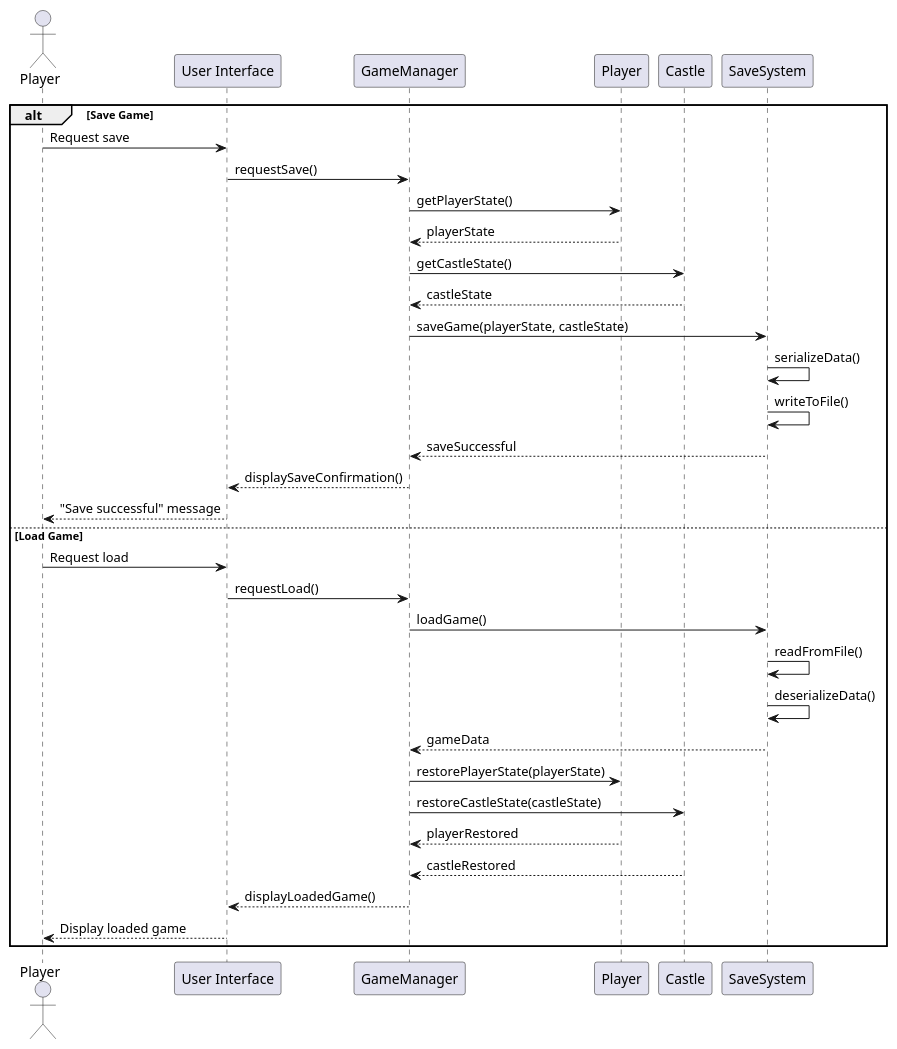
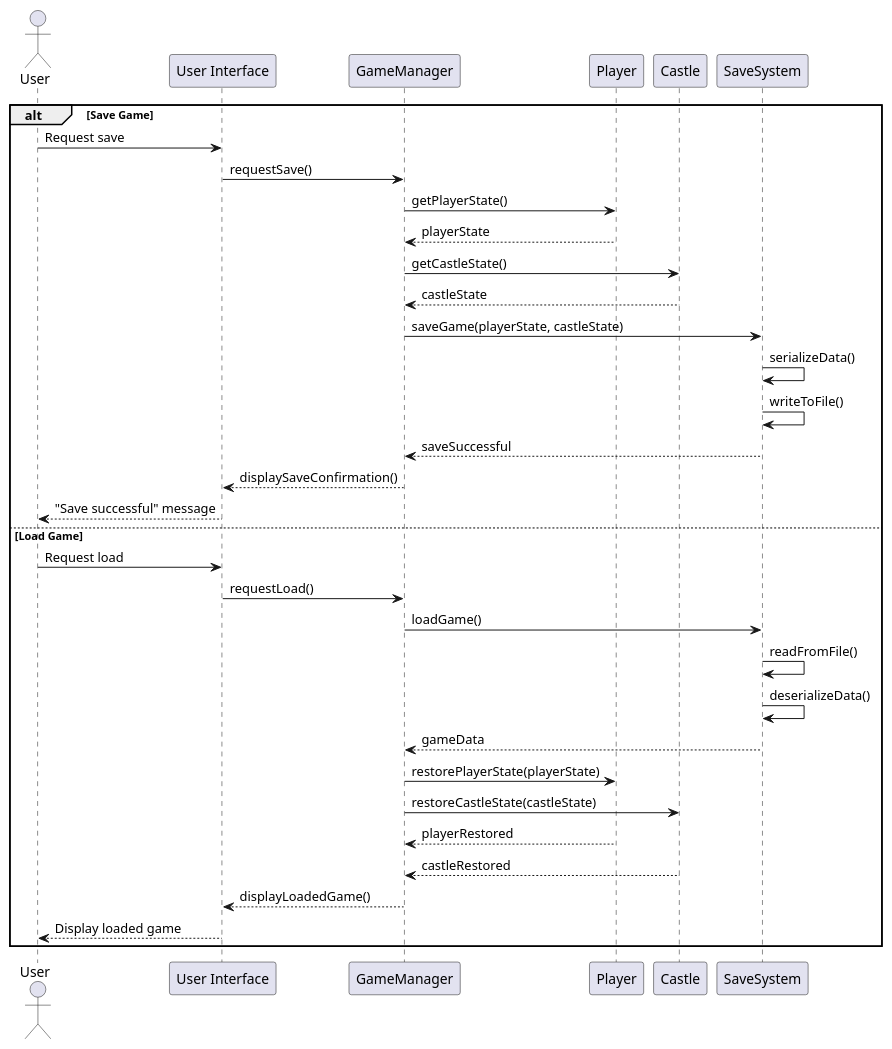
Before and after one commit to imagarchive/4MMACOL: the diagram in docs/uml/sequence.d/saveload_sequence.puml, drawn with PlantUML. The commit also changed 3 other files, not shown here.

Commit message:
fix: changed player to user

```diff
--- a/docs/uml/sequence.d/saveload_sequence.puml
+++ b/docs/uml/sequence.d/saveload_sequence.puml
@@ -1,36 +1,36 @@
 @startuml
-actor Player
+actor User
 participant "User Interface" as UI
 participant GameManager as GM
 participant Player as P
 participant Castle as C
 participant SaveSystem as S
 
 alt Save Game
-    Player -> UI: Request save
+    User -> UI: Request save
     UI -> GM: requestSave()
     GM -> P: getPlayerState()
     P --> GM: playerState
     GM -> C: getCastleState()
     C --> GM: castleState
     GM -> S: saveGame(playerState, castleState)
     S -> S: serializeData()
     S -> S: writeToFile()
     S --> GM: saveSuccessful
     GM --> UI: displaySaveConfirmation()
-    UI --> Player: "Save successful" message
+    UI --> User: "Save successful" message
 else Load Game
-    Player -> UI: Request load
+    User -> UI: Request load
     UI -> GM: requestLoad()
     GM -> S: loadGame()
     S -> S: readFromFile()
     S -> S: deserializeData()
     S --> GM: gameData
     GM -> P: restorePlayerState(playerState)
     GM -> C: restoreCastleState(castleState)
     P --> GM: playerRestored
     C --> GM: castleRestored
     GM --> UI: displayLoadedGame()
-    UI --> Player: Display loaded game
+    UI --> User: Display loaded game
 end
 @enduml
```
